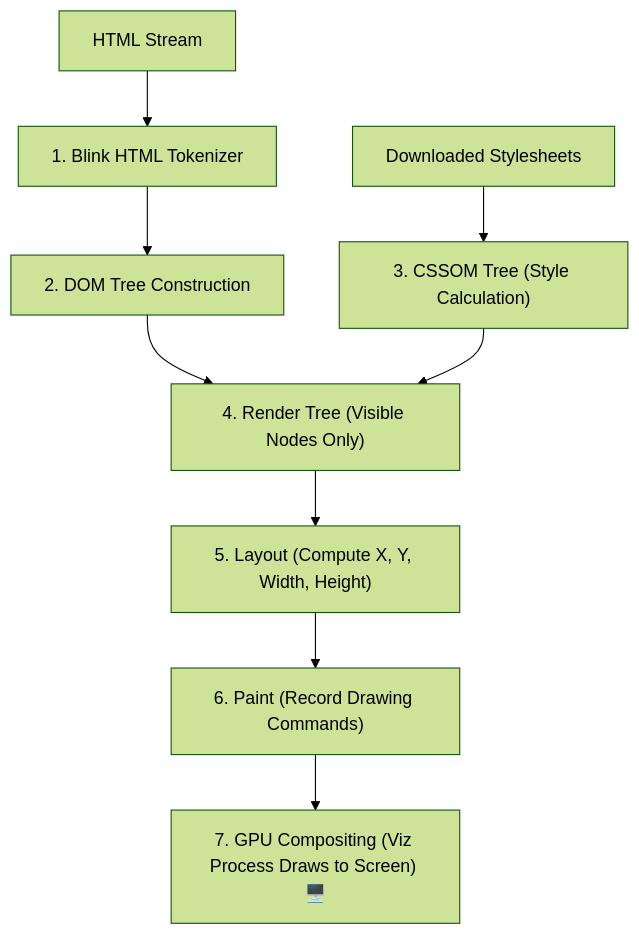
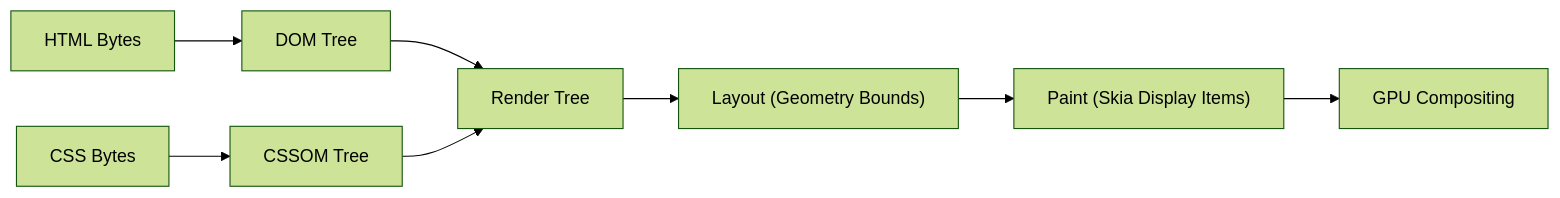
Before and after one commit to naimurhasan/naimurhasan.github.io: the fourth of 4 diagrams in _posts/2026-08-27-what-happens-after-you-enter-a-url-in-chrome.md, drawn with Mermaid (forest theme). The commit also changed other lines of this file and 23 other files, not shown here.

````diff
--- a/_posts/2026-08-27-what-happens-after-you-enter-a-url-in-chrome.md
+++ b/_posts/2026-08-27-what-happens-after-you-enter-a-url-in-chrome.md
@@ -239,13 +92,9 @@
 ```mermaid
-flowchart TD
-  HTML["HTML Stream"] --> Tokenizer["1. Blink HTML Tokenizer"]
-  Tokenizer --> DOM["2. DOM Tree Construction"]
-  
-  CSS["Downloaded Stylesheets"] --> CSSOM["3. CSSOM Tree (Style Calculation)"]
-  
-  DOM & CSSOM --> RenderTree["4. Render Tree (Visible Nodes Only)"]
-  
-  RenderTree --> Layout["5. Layout (Compute X, Y, Width, Height)"]
-  Layout --> Paint["6. Paint (Record Drawing Commands)"]
-  Paint --> Composite["7. GPU Compositing (Viz Process Draws to Screen) 🖥️"]
+flowchart LR
+  HTML["HTML Bytes"] --> DOM["DOM Tree"]
+  CSS["CSS Bytes"] --> CSSOM["CSSOM Tree"]
+  DOM & CSSOM --> RenderTree["Render Tree"]
+  RenderTree --> Layout["Layout (Geometry Bounds)"]
+  Layout --> Paint["Paint (Skia Display Items)"]
+  Paint --> Composite["GPU Compositing"]
 ```
````
